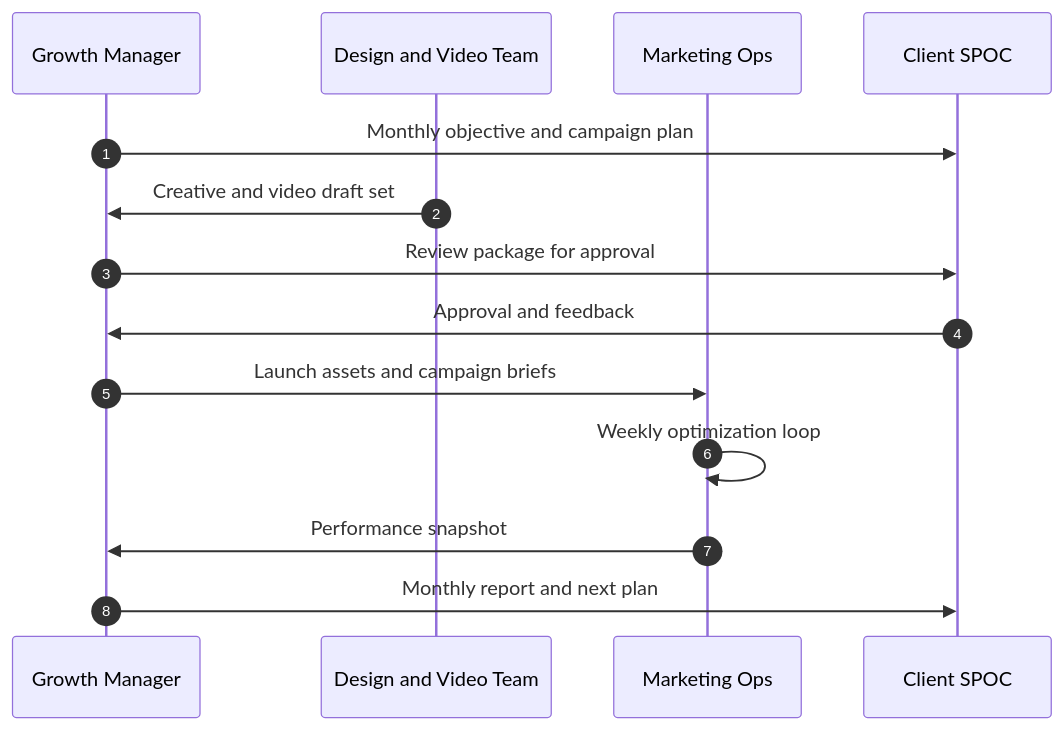
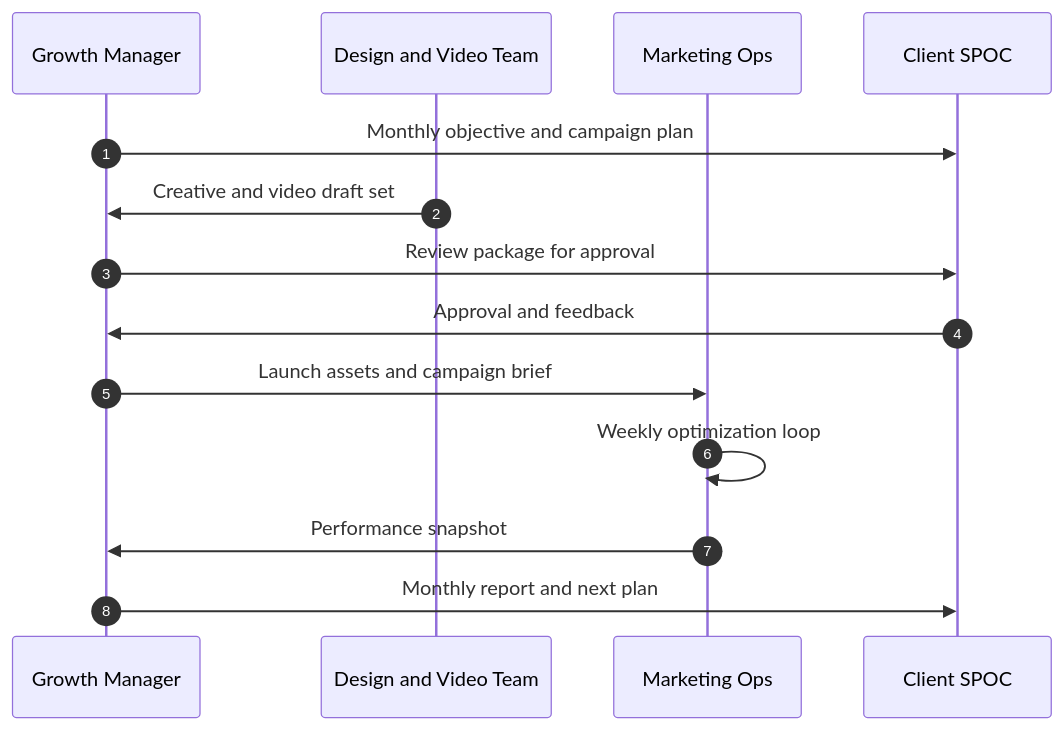
One commit to likhon29/advance-landmark-limited changed the seventh of 9 diagrams in README.md. Above: the diagram before and after it, drawn with Mermaid. The commit also changed other lines of this file, not shown here.

````diff
--- a/README.md
+++ b/README.md
@@ -451,17 +477,17 @@
 ```mermaid
 sequenceDiagram
     autonumber
     participant PM as Growth Manager
     participant GD as Design and Video Team
     participant MK as Marketing Ops
     participant CL as Client SPOC
 
     PM->>CL: Monthly objective and campaign plan
     GD->>PM: Creative and video draft set
     PM->>CL: Review package for approval
     CL->>PM: Approval and feedback
-    PM->>MK: Launch assets and campaign briefs
+    PM->>MK: Launch assets and campaign brief
     MK->>MK: Weekly optimization loop
     MK->>PM: Performance snapshot
     PM->>CL: Monthly report and next plan
 ```
````
